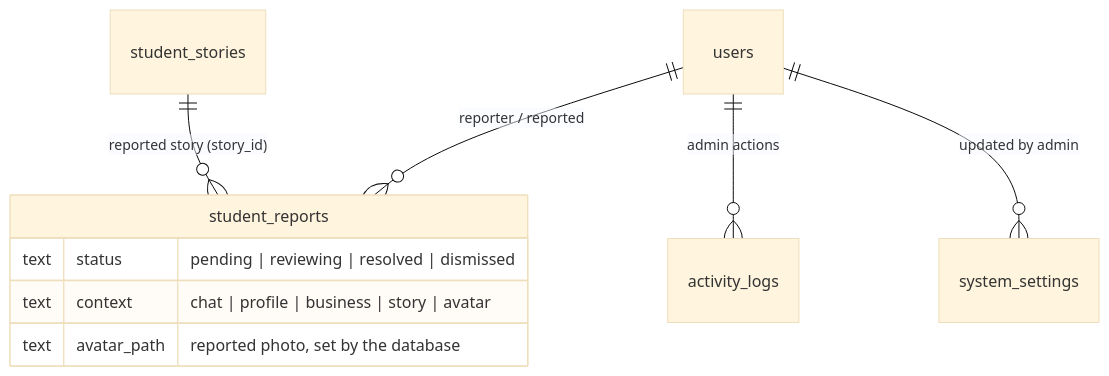
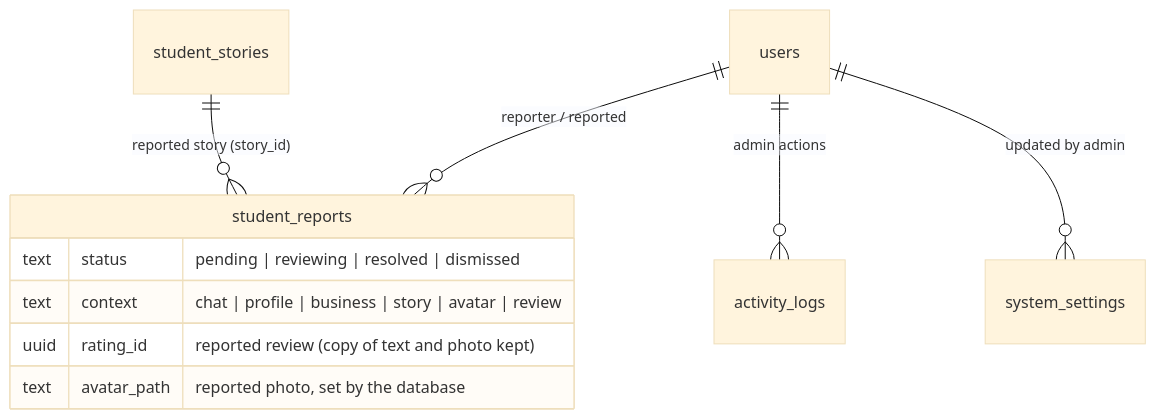
The fifth of 5 diagrams in docs/architecture/05-data.md (tangaza360-max/unipicks), drawn with Mermaid (base theme) before and after one commit. The commit also changed 11 other files, not shown here.

First line of the commit message:
feat(safety): report a review; admins remove its text and photo

````diff
--- a/docs/architecture/05-data.md
+++ b/docs/architecture/05-data.md
@@ -108,12 +108,13 @@
 ```mermaid
 erDiagram
   users ||--o{ student_reports : "reporter / reported"
   student_stories ||--o{ student_reports : "reported story (story_id)"
   users ||--o{ activity_logs : "admin actions"
   users ||--o{ system_settings : "updated by admin"
   student_reports {
     text status "pending | reviewing | resolved | dismissed"
-    text context "chat | profile | business | story | avatar"
+    text context "chat | profile | business | story | avatar | review"
+    uuid rating_id "reported review (copy of text and photo kept)"
     text avatar_path "reported photo, set by the database"
   }
 ```
````
